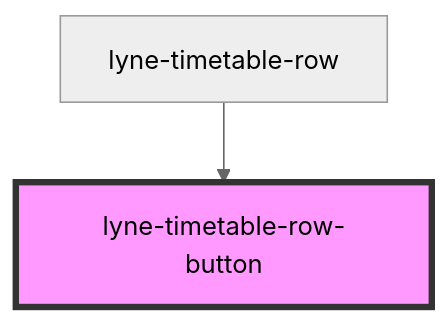
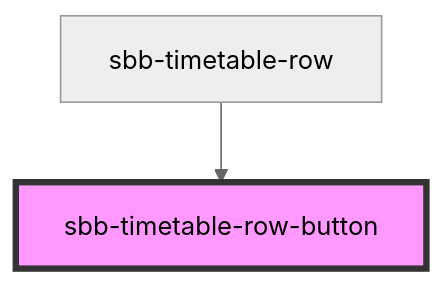
One commit to sbb-design-systems/lyne-components changed the diagram in src/components/sbb-timetable-row-button/readme.md. Above: the diagram before and after it, drawn with Mermaid (neutral theme). The commit also changed other lines of this file and 348 other files, not shown here.

Commit message:
refactor: 'lyne' prefix renamed to 'sbb'

````diff
--- a/src/components/sbb-timetable-row-button/readme.md
+++ b/src/components/sbb-timetable-row-button/readme.md
@@ -24,5 +24,5 @@
 ```mermaid
 graph TD;
-  lyne-timetable-row --> lyne-timetable-row-button
-  style lyne-timetable-row-button fill:#f9f,stroke:#333,stroke-width:4px
+  sbb-timetable-row --> sbb-timetable-row-button
+  style sbb-timetable-row-button fill:#f9f,stroke:#333,stroke-width:4px
 ```
````
